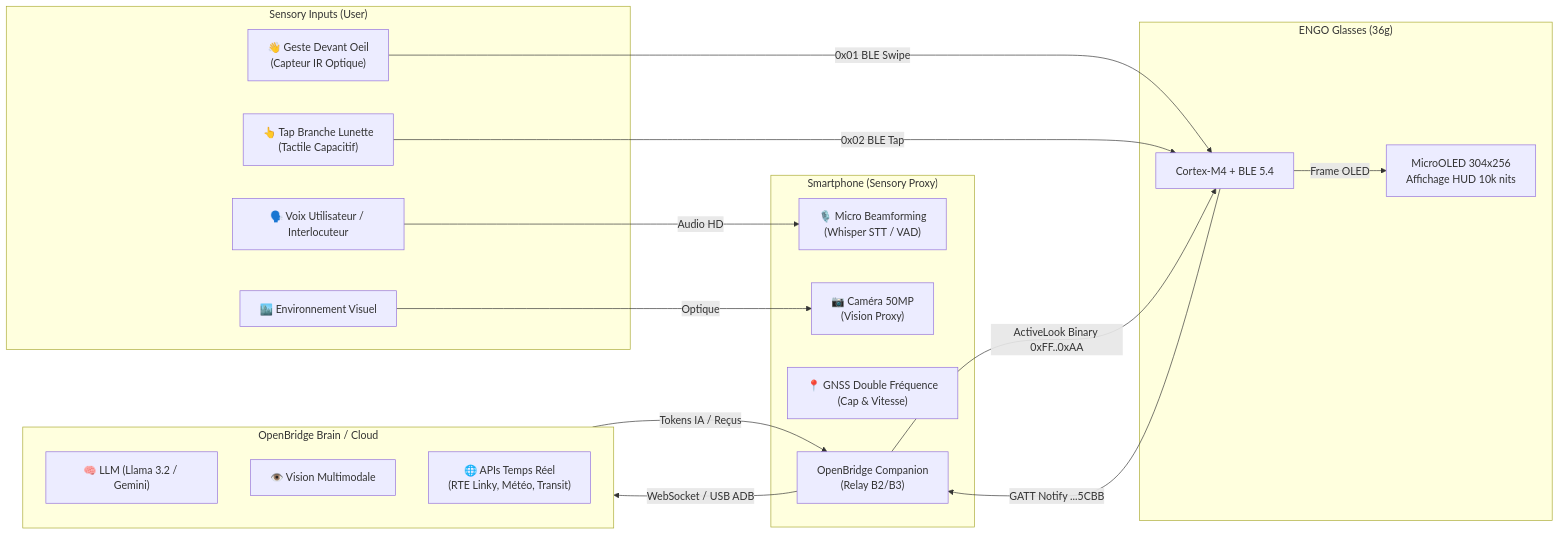
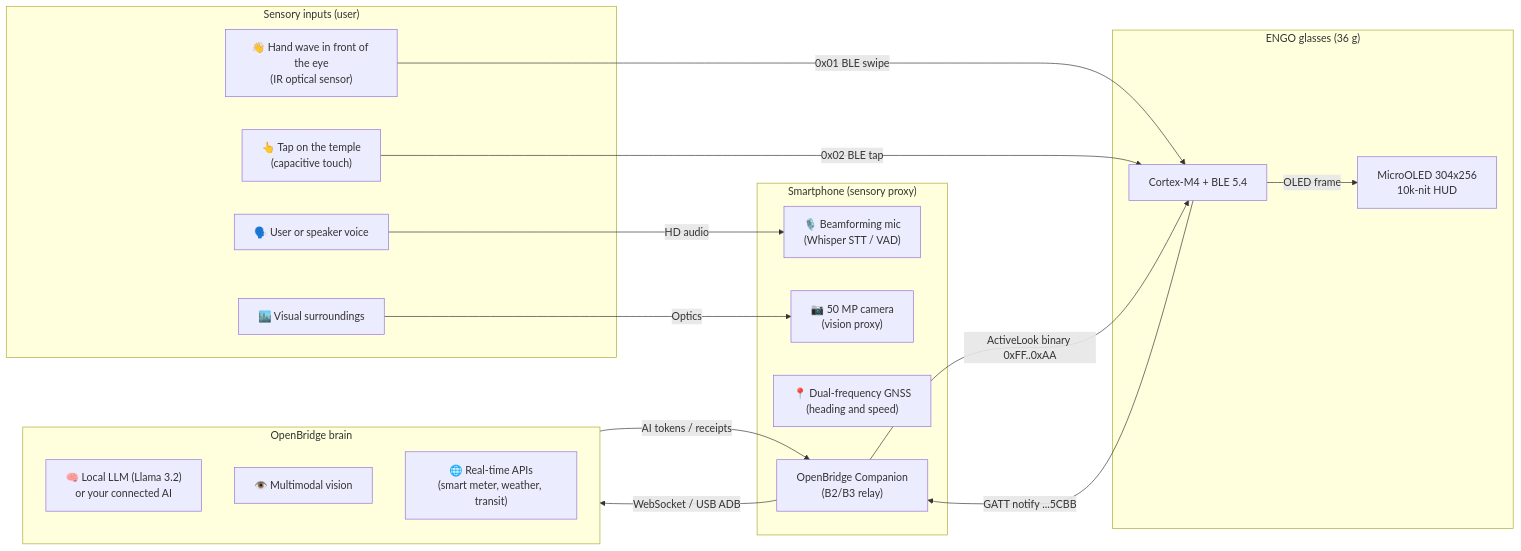
The diagram in docs/partners/engo/07_PHONE_TETHER_AI_AND_API_ARCHITECTURE.md (toskaman/openbridge), drawn with Mermaid before and after one commit. The commit also changed other lines of this file and 29 other files, not shown here.

````diff
--- a/docs/partners/engo/07_PHONE_TETHER_AI_AND_API_ARCHITECTURE.md
+++ b/docs/partners/engo/07_PHONE_TETHER_AI_AND_API_ARCHITECTURE.md
@@ -26,39 +31,39 @@
 ```mermaid
 flowchart LR
-    subgraph SENSE["Sensory Inputs (User)"]
-        WAVE["👋 Geste Devant Oeil<br/>(Capteur IR Optique)"]
-        TAP["👆 Tap Branche Lunette<br/>(Tactile Capacitif)"]
-        VOICE["🗣️ Voix Utilisateur / Interlocuteur"]
-        SCENE["🏙️ Environnement Visuel"]
+    subgraph SENSE["Sensory inputs (user)"]
+        WAVE["👋 Hand wave in front of the eye<br/>(IR optical sensor)"]
+        TAP["👆 Tap on the temple<br/>(capacitive touch)"]
+        VOICE["🗣️ User or speaker voice"]
+        SCENE["🏙️ Visual surroundings"]
     end
 
-    subgraph ENGO["ENGO Glasses (36g)"]
-        HUD["MicroOLED 304x256<br/>Affichage HUD 10k nits"]
+    subgraph ENGO["ENGO glasses (36 g)"]
+        HUD["MicroOLED 304x256<br/>10k-nit HUD"]
         MCU["Cortex-M4 + BLE 5.4"]
     end
 
-    subgraph PHONE["Smartphone (Sensory Proxy)"]
-        MIC["🎙️ Micro Beamforming<br/>(Whisper STT / VAD)"]
-        CAM["📷 Caméra 50MP<br/>(Vision Proxy)"]
-        GPS["📍 GNSS Double Fréquence<br/>(Cap & Vitesse)"]
-        RELAY["OpenBridge Companion<br/>(Relay B2/B3)"]
+    subgraph PHONE["Smartphone (sensory proxy)"]
+        MIC["🎙️ Beamforming mic<br/>(Whisper STT / VAD)"]
+        CAM["📷 50 MP camera<br/>(vision proxy)"]
+        GPS["📍 Dual-frequency GNSS<br/>(heading and speed)"]
+        RELAY["OpenBridge Companion<br/>(B2/B3 relay)"]
     end
 
-    subgraph BRAIN["OpenBridge Brain / Cloud"]
-        LLM["🧠 LLM (Llama 3.2 / Gemini)"]
-        VISION["👁️ Vision Multimodale"]
-        APIS["🌐 APIs Temps Réel<br/>(RTE Linky, Météo, Transit)"]
+    subgraph BRAIN["OpenBridge brain"]
+        LLM["🧠 Local LLM (Llama 3.2)<br/>or your connected AI"]
+        VISION["👁️ Multimodal vision"]
+        APIS["🌐 Real-time APIs<br/>(smart meter, weather, transit)"]
     end
 
-    WAVE -->|0x01 BLE Swipe| MCU
-    TAP -->|0x02 BLE Tap| MCU
-    MCU -->|GATT Notify ...5CBB| RELAY
-    
-    VOICE -->|Audio HD| MIC
-    SCENE -->|Optique| CAM
+    WAVE -->|0x01 BLE swipe| MCU
+    TAP -->|0x02 BLE tap| MCU
+    MCU -->|GATT notify ...5CBB| RELAY
+
+    VOICE -->|HD audio| MIC
+    SCENE -->|Optics| CAM
 
     RELAY -->|WebSocket / USB ADB| BRAIN
-    BRAIN -->|Tokens IA / Reçus| RELAY
-    RELAY -->|ActiveLook Binary 0xFF..0xAA| MCU
-    MCU -->|Frame OLED| HUD
+    BRAIN -->|AI tokens / receipts| RELAY
+    RELAY -->|ActiveLook binary 0xFF..0xAA| MCU
+    MCU -->|OLED frame| HUD
 ```
````
